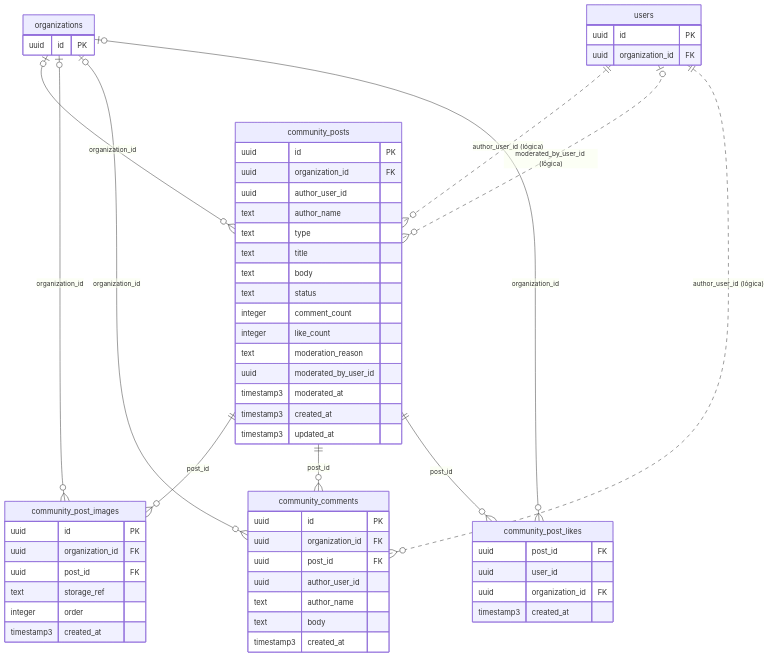
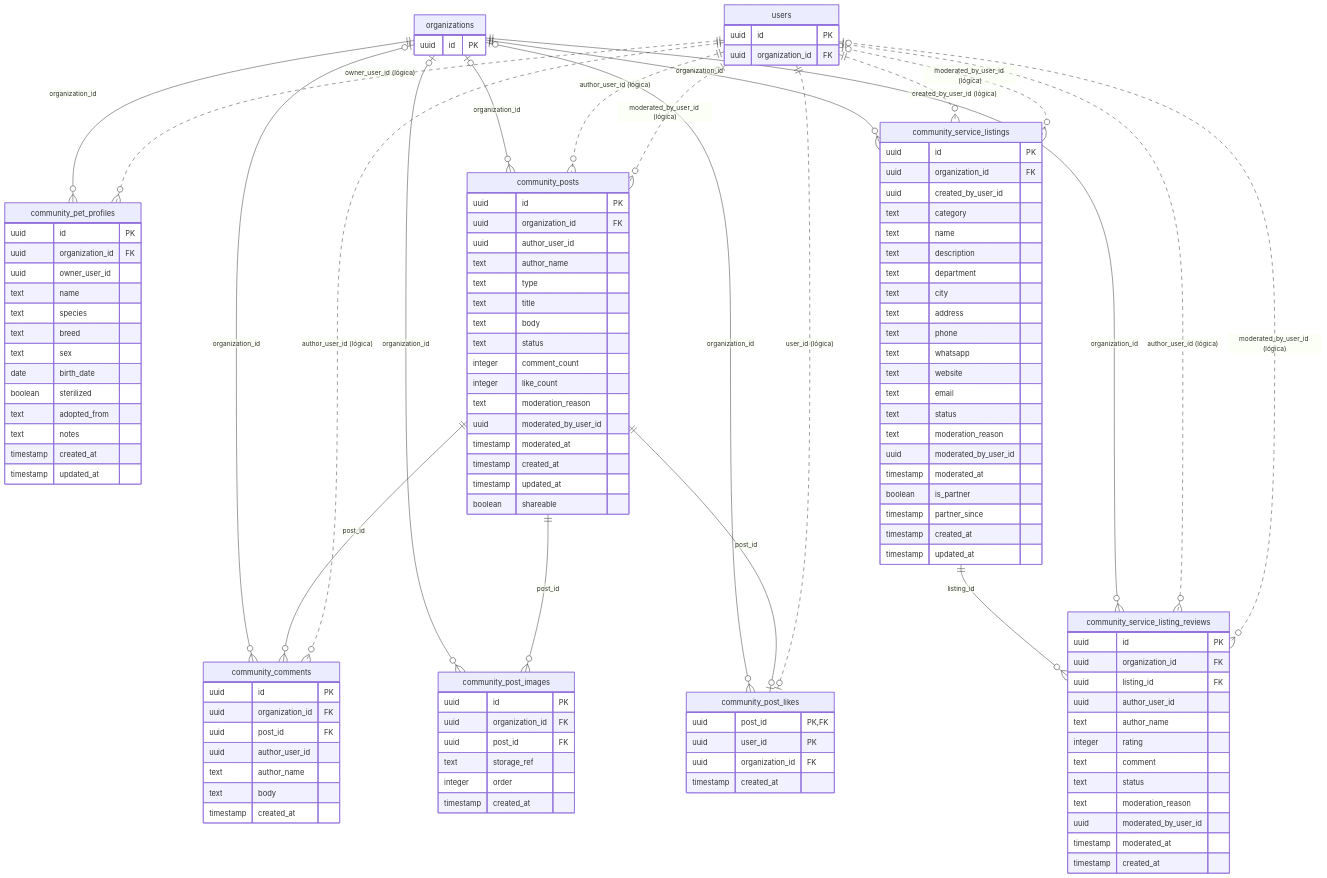
One commit to AGamez10/AdoptaFacil changed the diagram in docs/diccionario-datos/mer/mer-community.mmd. Above: the diagram before and after it, drawn with Mermaid. The commit also changed 105 other files, not shown here.

```diff
--- a/docs/diccionario-datos/mer/mer-community.mmd
+++ b/docs/diccionario-datos/mer/mer-community.mmd
@@ -1,58 +1,121 @@
 erDiagram
+  community_comments {
+    uuid id PK
+    uuid organization_id FK
+    uuid post_id FK
+    uuid author_user_id
+    text author_name
+    text body
+    timestamp created_at
+  }
+  community_pet_profiles {
+    uuid id PK
+    uuid organization_id FK
+    uuid owner_user_id
+    text name
+    text species
+    text breed
+    text sex
+    date birth_date
+    boolean sterilized
+    text adopted_from
+    text notes
+    timestamp created_at
+    timestamp updated_at
+  }
+  community_post_images {
+    uuid id PK
+    uuid organization_id FK
+    uuid post_id FK
+    text storage_ref
+    integer order
+    timestamp created_at
+  }
+  community_post_likes {
+    uuid post_id PK,FK
+    uuid user_id PK
+    uuid organization_id FK
+    timestamp created_at
+  }
   community_posts {
     uuid id PK
     uuid organization_id FK
     uuid author_user_id
     text author_name
     text type
     text title
     text body
     text status
     integer comment_count
     integer like_count
     text moderation_reason
     uuid moderated_by_user_id
-    timestamp3 moderated_at
-    timestamp3 created_at
-    timestamp3 updated_at
+    timestamp moderated_at
+    timestamp created_at
+    timestamp updated_at
+    boolean shareable
   }
-  community_post_images {
+  community_service_listing_reviews {
     uuid id PK
     uuid organization_id FK
-    uuid post_id FK
-    text storage_ref
-    integer order
-    timestamp3 created_at
+    uuid listing_id FK
+    uuid author_user_id
+    text author_name
+    integer rating
+    text comment
+    text status
+    text moderation_reason
+    uuid moderated_by_user_id
+    timestamp moderated_at
+    timestamp created_at
   }
-  community_comments {
+  community_service_listings {
     uuid id PK
     uuid organization_id FK
-    uuid post_id FK
-    uuid author_user_id
-    text author_name
-    text body
-    timestamp3 created_at
-  }
-  community_post_likes {
-    uuid post_id FK
-    uuid user_id
-    uuid organization_id FK
-    timestamp3 created_at
+    uuid created_by_user_id
+    text category
+    text name
+    text description
+    text department
+    text city
+    text address
+    text phone
+    text whatsapp
+    text website
+    text email
+    text status
+    text moderation_reason
+    uuid moderated_by_user_id
+    timestamp moderated_at
+    boolean is_partner
+    timestamp partner_since
+    timestamp created_at
+    timestamp updated_at
   }
   organizations {
     uuid id PK
   }
   users {
     uuid id PK
     uuid organization_id FK
   }
+  organizations |o--o{ community_comments : "organization_id"
+  community_posts ||--o{ community_comments : "post_id"
+  organizations ||--o{ community_pet_profiles : "organization_id"
+  organizations |o--o{ community_post_images : "organization_id"
+  community_posts ||--o{ community_post_images : "post_id"
+  organizations |o--o{ community_post_likes : "organization_id"
+  community_posts ||--o| community_post_likes : "post_id"
   organizations |o--o{ community_posts : "organization_id"
-  community_posts ||--o{ community_post_images : "post_id"
-  organizations |o--o{ community_post_images : "organization_id"
-  community_posts ||--o{ community_comments : "post_id"
-  organizations |o--o{ community_comments : "organization_id"
-  community_posts ||--o{ community_post_likes : "post_id"
-  organizations |o--o{ community_post_likes : "organization_id"
+  community_service_listings ||--o{ community_service_listing_reviews : "listing_id"
+  organizations ||--o{ community_service_listing_reviews : "organization_id"
+  organizations ||--o{ community_service_listings : "organization_id"
+  users ||..o{ community_comments : "author_user_id (lógica)"
+  users ||..o{ community_pet_profiles : "owner_user_id (lógica)"
+  users ||..o| community_post_likes : "user_id (lógica)"
   users ||..o{ community_posts : "author_user_id (lógica)"
   users |o..o{ community_posts : "moderated_by_user_id (lógica)"
-  users ||..o{ community_comments : "author_user_id (lógica)"
+  users ||..o{ community_service_listing_reviews : "author_user_id (lógica)"
+  users |o..o{ community_service_listing_reviews : "moderated_by_user_id (lógica)"
+  users ||..o{ community_service_listings : "created_by_user_id (lógica)"
+  users |o..o{ community_service_listings : "moderated_by_user_id (lógica)"
```
